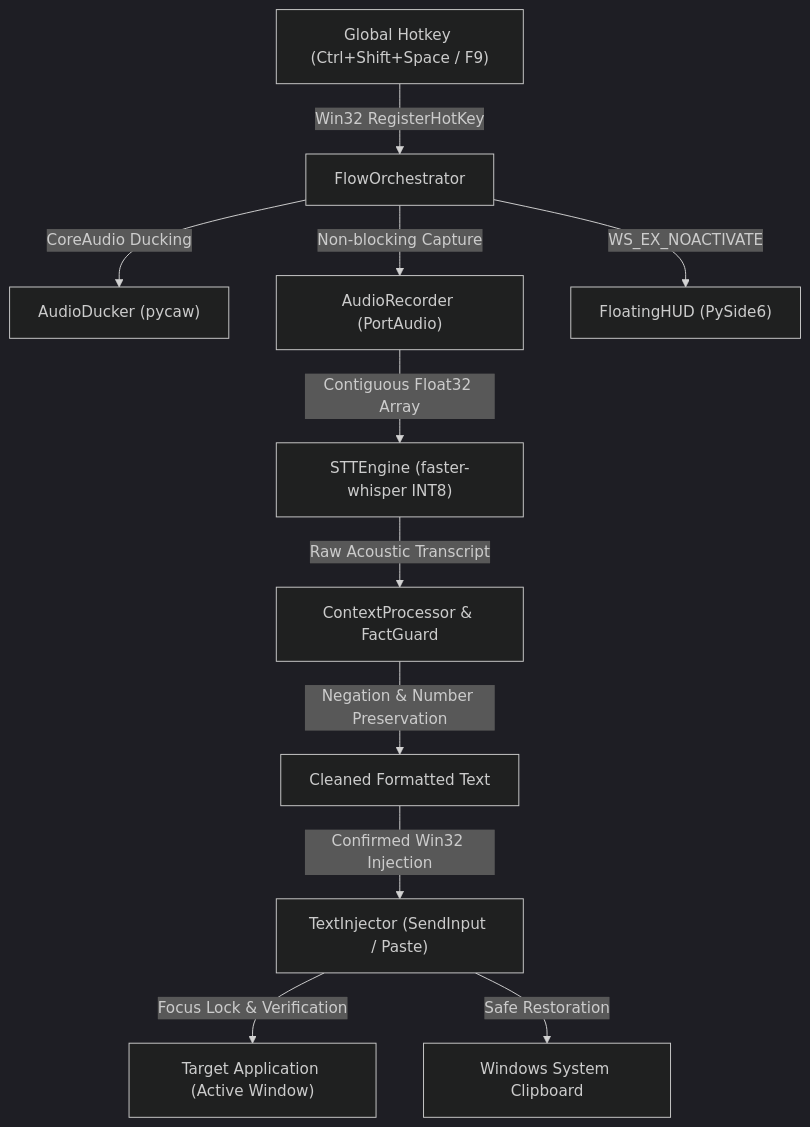
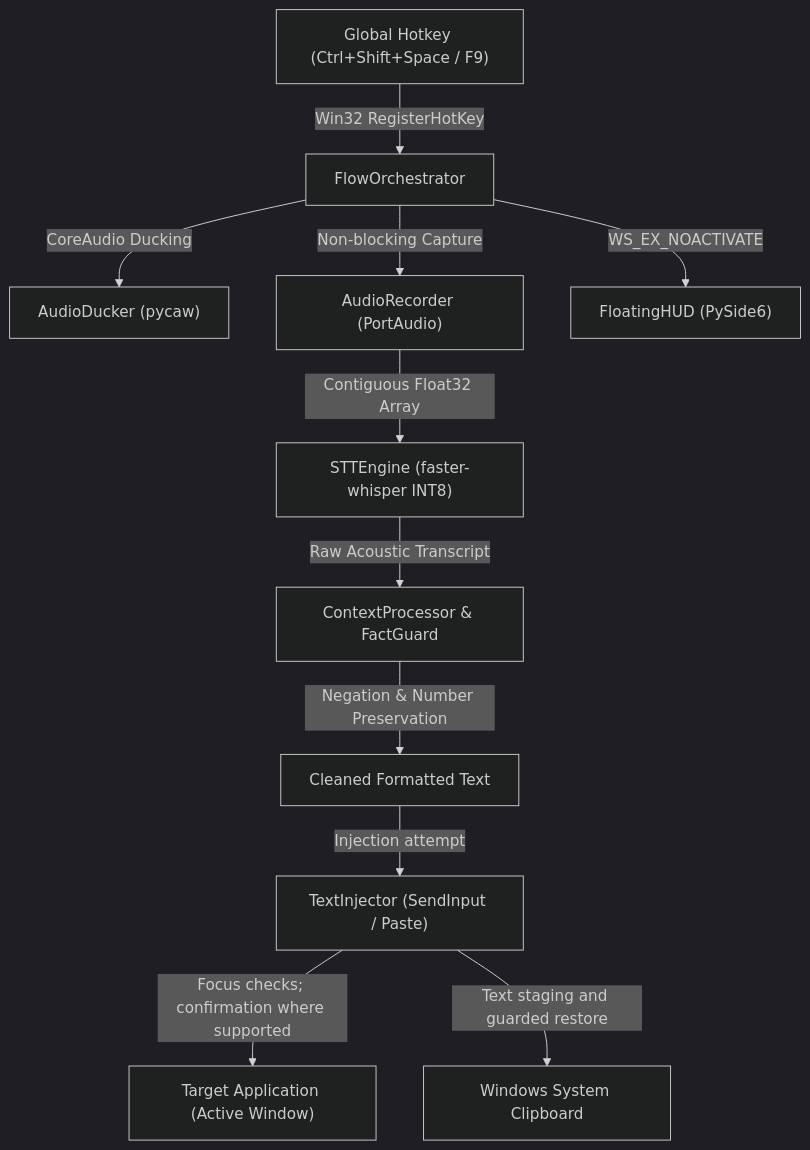
One commit to abishekvr0910/flowpilot changed the diagram in README.md. Above: the diagram before and after it, drawn with Mermaid (dark theme). The commit also changed other lines of this file and 59 other files, not shown here.

````diff
--- a/README.md
+++ b/README.md
@@ -160,15 +164,15 @@
 ```mermaid
 flowchart TD
     HK["Global Hotkey (Ctrl+Shift+Space / F9)"] -->|Win32 RegisterHotKey| ORCH["FlowOrchestrator"]
     ORCH -->|CoreAudio Ducking| DUCK["AudioDucker (pycaw)"]
     ORCH -->|Non-blocking Capture| REC["AudioRecorder (PortAudio)"]
     ORCH -->|WS_EX_NOACTIVATE| HUD["FloatingHUD (PySide6)"]
     
     REC -->|Contiguous Float32 Array| STT["STTEngine (faster-whisper INT8)"]
     STT -->|Raw Acoustic Transcript| WI["ContextProcessor & FactGuard"]
     WI -->|Negation & Number Preservation| FORMAT["Cleaned Formatted Text"]
     
-    FORMAT -->|Confirmed Win32 Injection| INJ["TextInjector (SendInput / Paste)"]
-    INJ -->|Focus Lock & Verification| APP["Target Application (Active Window)"]
-    INJ -->|Safe Restoration| CLIP["Windows System Clipboard"]
+    FORMAT -->|Injection attempt| INJ["TextInjector (SendInput / Paste)"]
+    INJ -->|Focus checks; confirmation where supported| APP["Target Application (Active Window)"]
+    INJ -->|Text staging and guarded restore| CLIP["Windows System Clipboard"]
 ```
````
